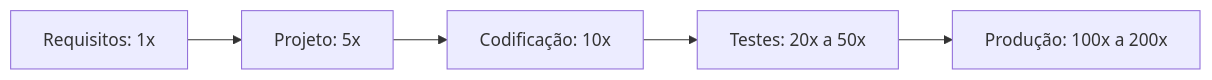
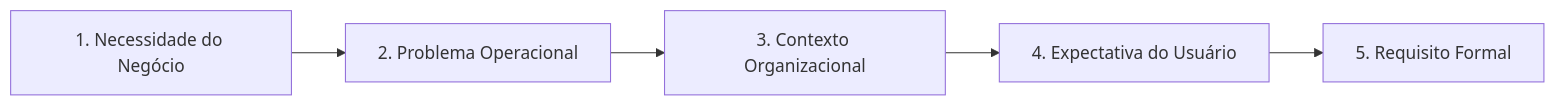
Before and after one commit to murilolol/unifef: the seventh of 24 diagrams in 4º Semestre/[Prof. Wesley Soares] Engenharia de Software II/Resumos-IA/Simulados-Comentados.md, drawn with Mermaid. The commit also changed other lines of this file and 10 other files, not shown here.

````diff
--- a/4º Semestre/[Prof. Wesley Soares] Engenharia de Software II/Resumos-IA/Simulados-Comentados.md
+++ b/4º Semestre/[Prof. Wesley Soares] Engenharia de Software II/Resumos-IA/Simulados-Comentados.md
@@ -189,7 +451,7 @@
 ```mermaid
 flowchart LR
- C1["Requisitos: 1x"] --> C2["Projeto: 5x"]
- C2 --> C3["Codificação: 10x"]
- C3 --> C4["Testes: 20x a 50x"]
- C4 --> C5["Produção: 100x a 200x"]
+    N["1. Necessidade do Negócio"] --> P["2. Problema Operacional"]
+    P --> C["3. Contexto Organizacional"]
+    C --> E["4. Expectativa do Usuário"]
+    E --> R["5. Requisito Formal"]
 ```
````
